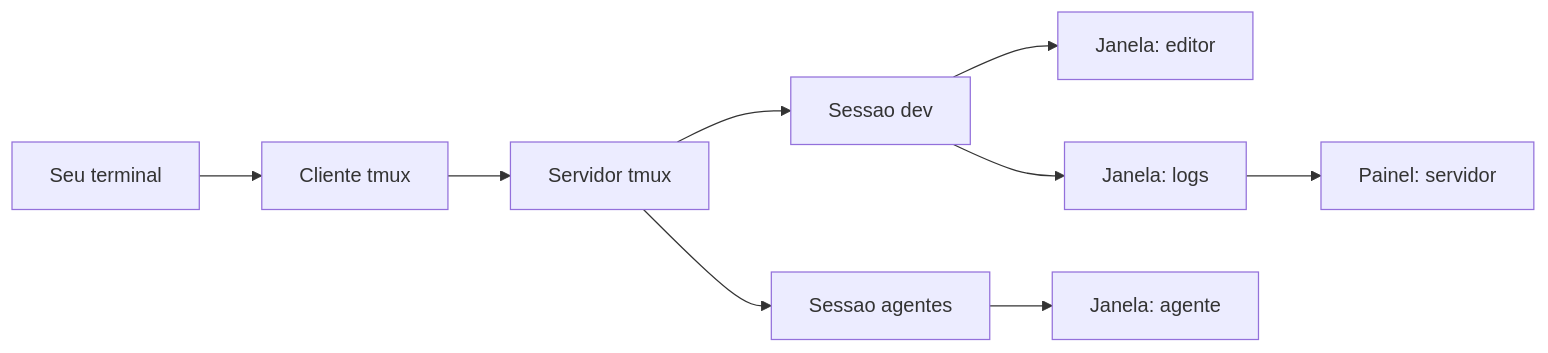
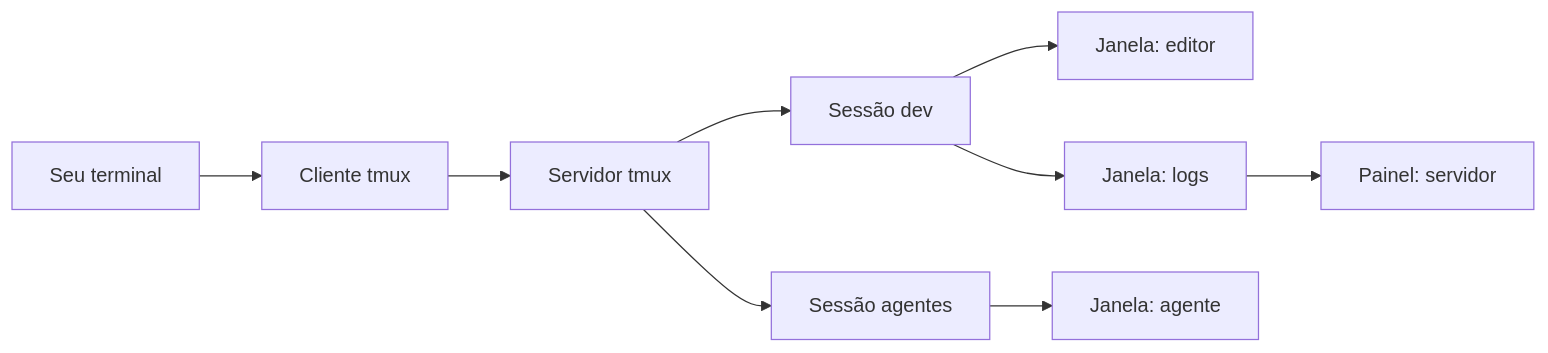
One commit to alicino/kb-blog changed the first of 2 diagrams in src/content/articles/2026-09-28-tmux-terminal-multiplexer.md. Above: the diagram before and after it, drawn with Mermaid. The commit also changed other lines of this file and 7 other files, not shown here.

````diff
--- a/src/content/articles/2026-09-28-tmux-terminal-multiplexer.md
+++ b/src/content/articles/2026-09-28-tmux-terminal-multiplexer.md
@@ -43,11 +43,11 @@
 ```mermaid
 flowchart LR
     U["Seu terminal"] --> C["Cliente tmux"]
     C --> S["Servidor tmux"]
-    S --> S1["Sessao dev"]
-    S --> S2["Sessao agentes"]
+    S --> S1["Sessão dev"]
+    S --> S2["Sessão agentes"]
     S1 --> W1["Janela: editor"]
     S1 --> W2["Janela: logs"]
     W2 --> P1["Painel: servidor"]
     S2 --> W3["Janela: agente"]
 ```
````
